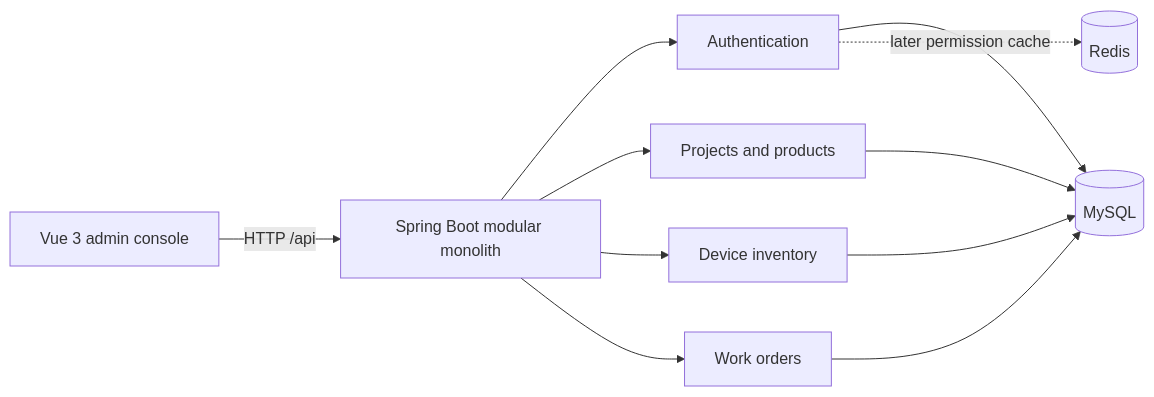
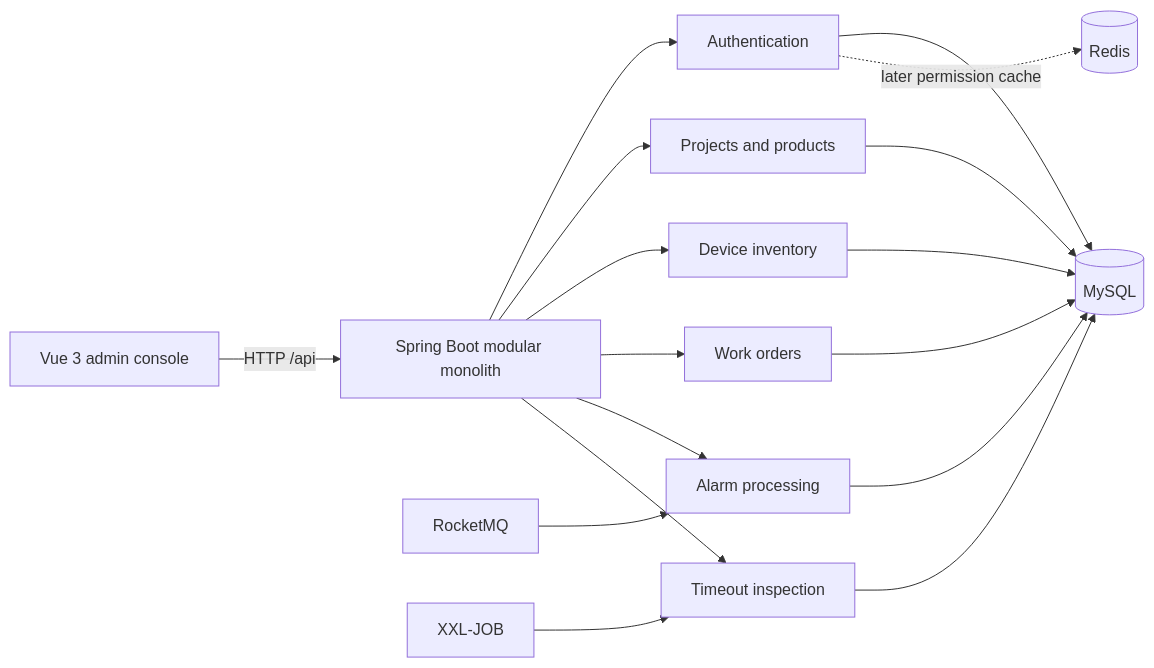
The diagram in README.md (xianspiderman/iot-ops-platform), drawn with Mermaid before and after one commit. The commit also changed other lines of this file and 35 other files, not shown here.

Commit message:
feat(v0.3.0): automate recovery and alarm processing

````diff
--- a/README.md
+++ b/README.md
@@ -25,13 +29,19 @@
 ```mermaid
 flowchart LR
     UI[Vue 3 admin console] -->|HTTP /api| APP[Spring Boot modular monolith]
     APP --> AUTH[Authentication]
     APP --> MASTER[Projects and products]
     APP --> DEVICE[Device inventory]
     APP --> WO[Work orders]
+    APP --> ALARM[Alarm processing]
+    APP --> JOB[Timeout inspection]
     AUTH --> MYSQL[(MySQL)]
     MASTER --> MYSQL
     DEVICE --> MYSQL
     WO --> MYSQL
+    ALARM --> MYSQL
+    JOB --> MYSQL
+    MQ[RocketMQ] --> ALARM
+    XXL[XXL-JOB] --> JOB
     AUTH -. later permission cache .-> REDIS[(Redis)]
 ```
````
